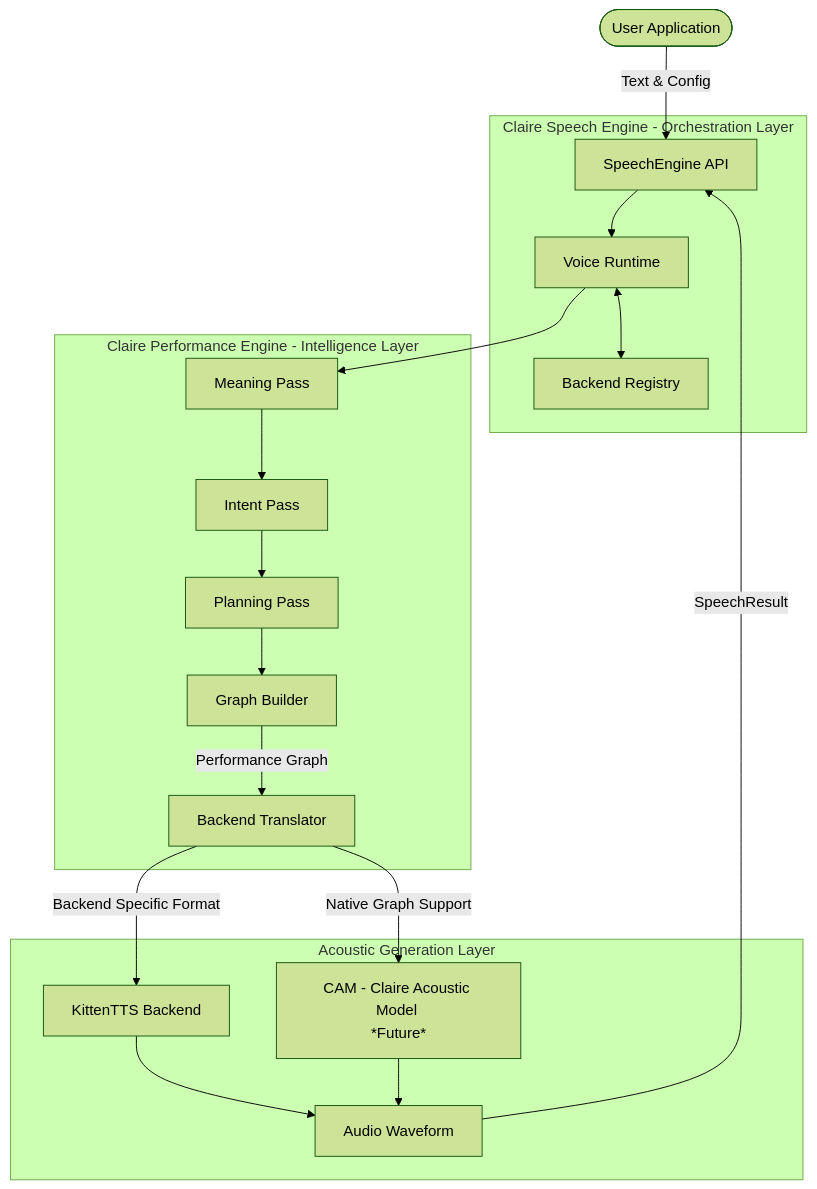
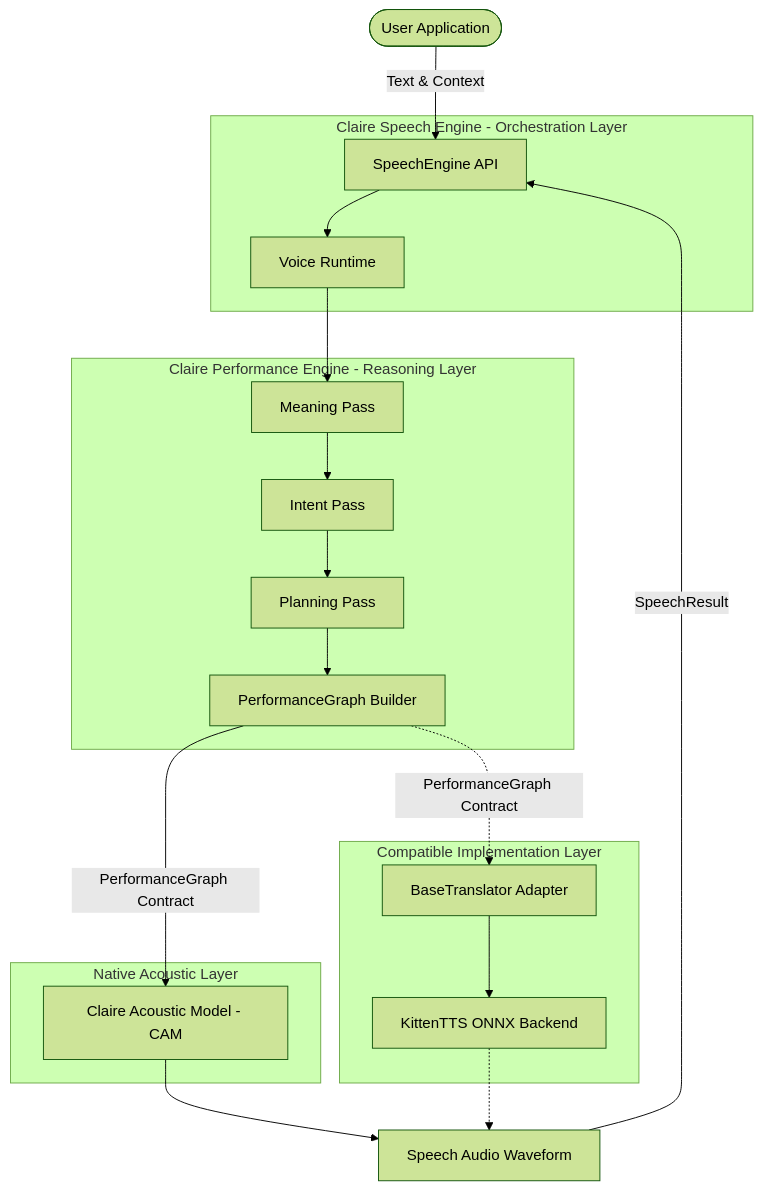
The first of 2 diagrams in docs/Architecture/ARCHITECTURE.md (Yukariii04/Claire-Speech-Engine), drawn with Mermaid (forest theme) before and after one commit. The commit also changed other lines of this file and 15 other files, not shown here.

Commit message:
ARCHITECTURE CONSISTENCY CLEANUP

````diff
--- a/docs/Architecture/ARCHITECTURE.md
+++ b/docs/Architecture/ARCHITECTURE.md
@@ -13,38 +15,40 @@
 ```mermaid
 flowchart TD
-    User([User Application]) -->|Text & Config| CSE_API
+    User([User Application]) -->|Text & Context| CSE_API
 
     subgraph CSE [Claire Speech Engine - Orchestration Layer]
         CSE_API[SpeechEngine API]
         Runtime[Voice Runtime]
-        Registry[Backend Registry]
         CSE_API --> Runtime
-        Runtime <--> Registry
     end
 
-    subgraph CPE [Claire Performance Engine - Intelligence Layer]
+    subgraph CPE [Claire Performance Engine - Reasoning Layer]
         Meaning[Meaning Pass]
         Intent[Intent Pass]
         Planning[Planning Pass]
-        GraphBuilder[Graph Builder]
+        GraphBuilder[PerformanceGraph Builder]
         
         Runtime --> Meaning
         Meaning --> Intent
         Intent --> Planning
         Planning --> GraphBuilder
-        
-        GraphBuilder -->|Performance Graph| Translator
     end
 
-    subgraph Backends [Acoustic Generation Layer]
-        Translator[Backend Translator]
-        
-        Translator -->|Backend Specific Format| KittenTTS[KittenTTS Backend]
-        Translator -->|Native Graph Support| CAM[CAM - Claire Acoustic Model <br/>*Future*]
-        
-        KittenTTS --> Audio[Audio Waveform]
-        CAM --> Audio
+    subgraph NativeAcoustics [Native Acoustic Layer]
+        CAM[Claire Acoustic Model - CAM]
     end
+
+    subgraph CompatibleAcoustics [Compatible Implementation Layer]
+        Translator[BaseTranslator Adapter]
+        KittenTTS[KittenTTS ONNX Backend]
+        Translator --> KittenTTS
+    end
+
+    GraphBuilder -->|PerformanceGraph Contract| CAM
+    GraphBuilder -.->|PerformanceGraph Contract| Translator
+    
+    CAM --> Audio[Speech Audio Waveform]
+    KittenTTS -.-> Audio
     
     Audio -->|SpeechResult| CSE_API
 ```
````
